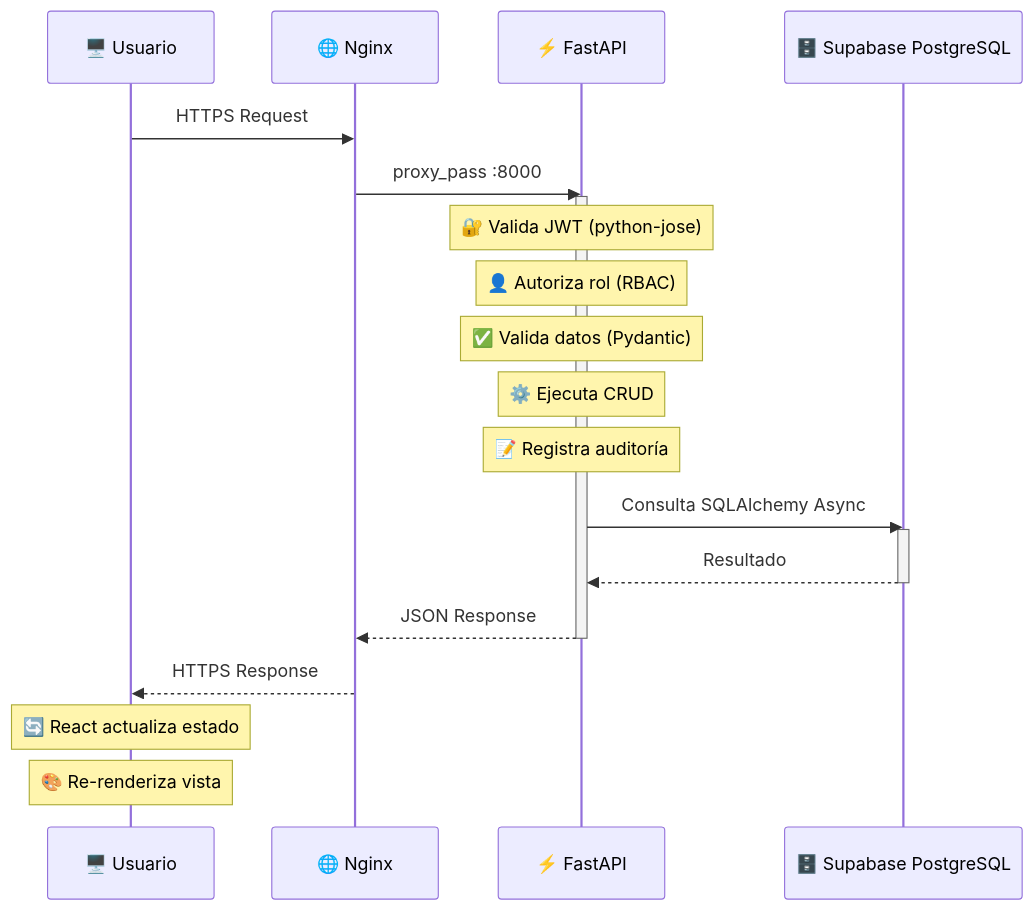
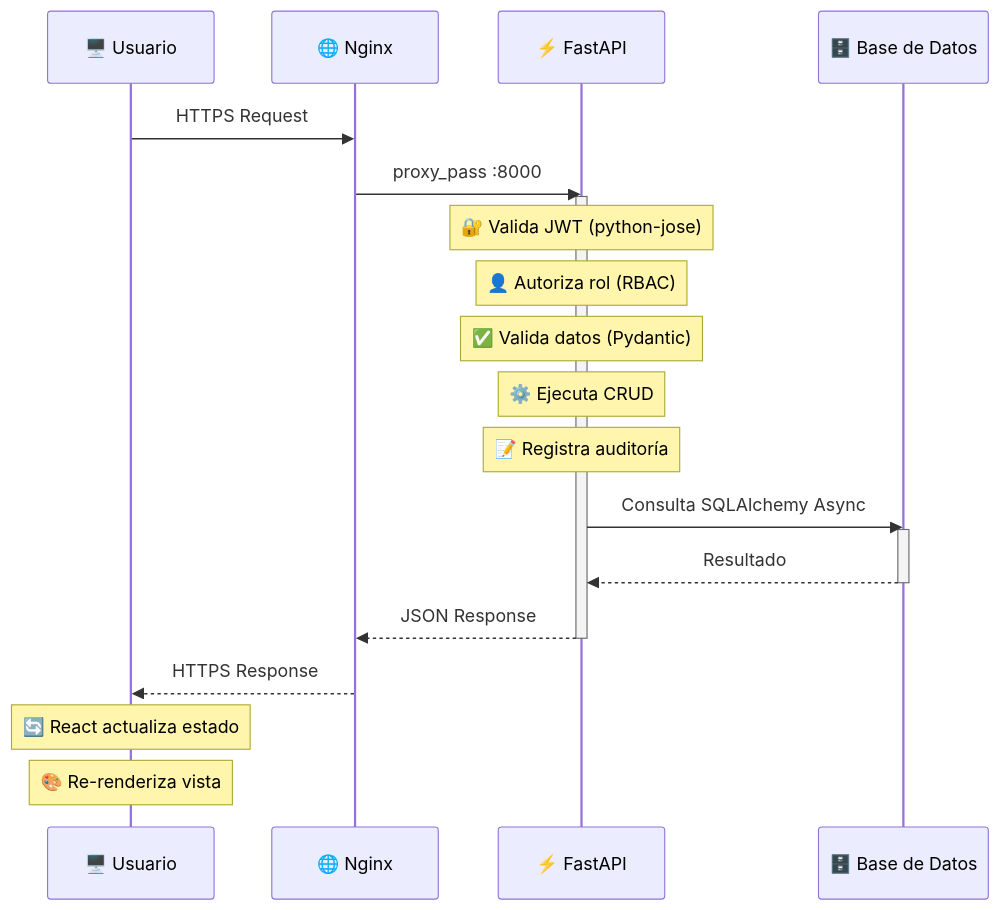
Before and after one commit to mrwil82/SIGAI-SES: the third of 4 diagrams in ENTREGABLES_SIGAI_SES/01_DOCUMENTACION_TECNICA/ARQUITECTURA/01_ARQUITECTURA_SISTEMA.md, drawn with Mermaid. The commit also changed other lines of this file and 13 other files, not shown here.

````diff
--- a/ENTREGABLES_SIGAI_SES/01_DOCUMENTACION_TECNICA/ARQUITECTURA/01_ARQUITECTURA_SISTEMA.md
+++ b/ENTREGABLES_SIGAI_SES/01_DOCUMENTACION_TECNICA/ARQUITECTURA/01_ARQUITECTURA_SISTEMA.md
@@ -176,29 +176,29 @@
 ```mermaid
 sequenceDiagram
     participant U as 🖥️ Usuario
     participant N as 🌐 Nginx
     participant F as ⚡ FastAPI
-    participant M as 🗄️ Supabase PostgreSQL
+    participant M as 🗄️ Base de Datos
 
     U->>N: HTTPS Request
     N->>F: proxy_pass :8000
     activate F
     
     Note over F: 🔐 Valida JWT (python-jose)
     Note over F: 👤 Autoriza rol (RBAC)
     Note over F: ✅ Valida datos (Pydantic)
     Note over F: ⚙️ Ejecuta CRUD
     Note over F: 📝 Registra auditoría
     
     F->>M: Consulta SQLAlchemy Async
     activate M
     M-->>F: Resultado
     deactivate M
     
     F-->>N: JSON Response
     deactivate F
     N-->>U: HTTPS Response
     
     Note over U: 🔄 React actualiza estado
     Note over U: 🎨 Re-renderiza vista
 ```
````
